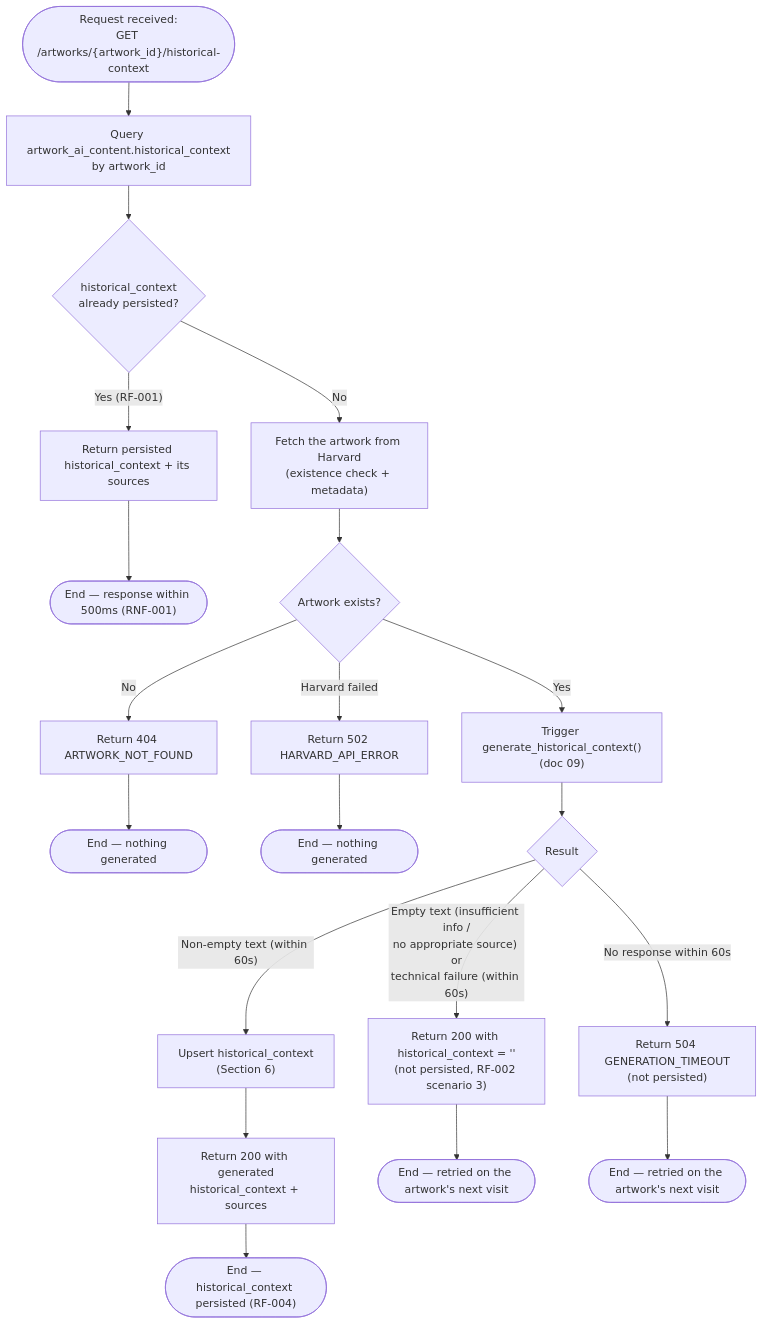
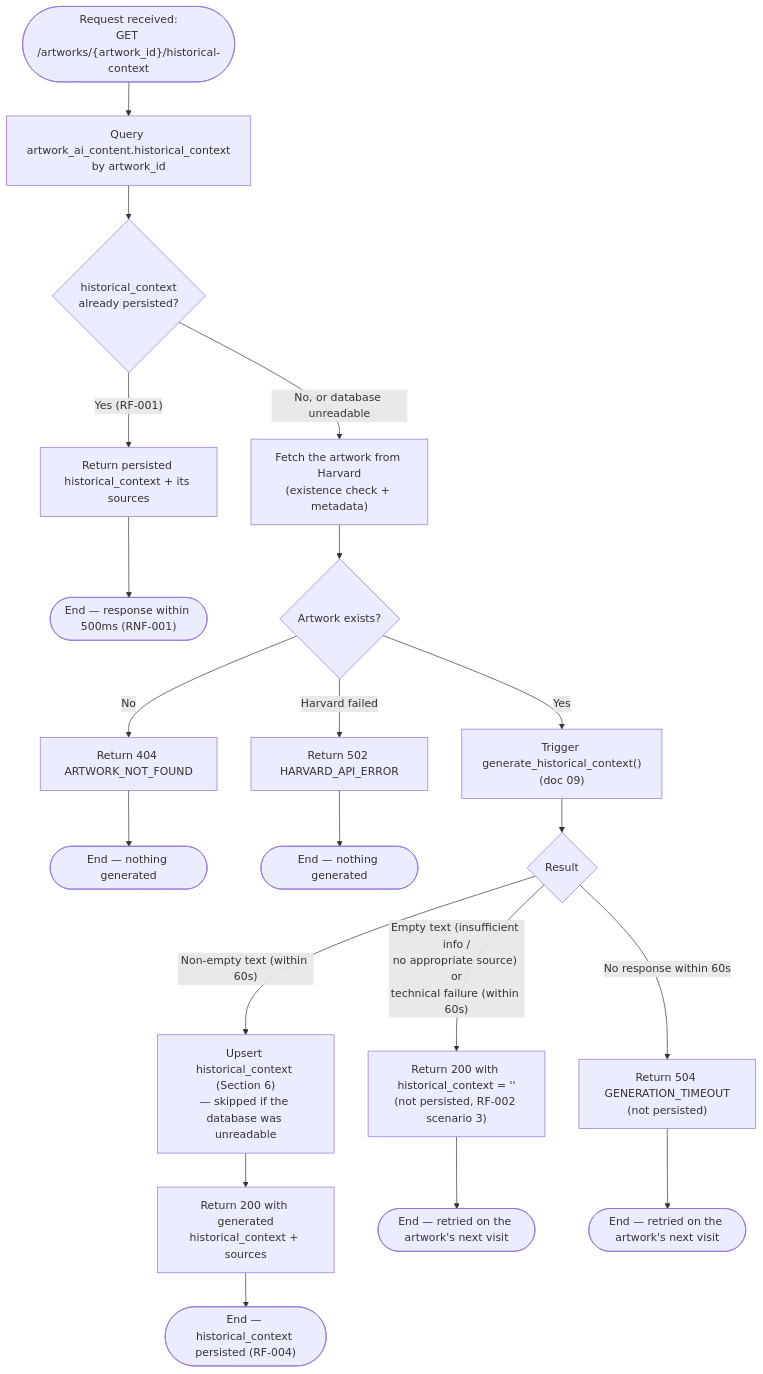
Before and after one commit to Jeferson-Filho/Art-Archive-Front-AI: the first of 4 diagrams in documentation/specs/06-persistence-flow.md, drawn with Mermaid. The commit also changed other lines of this file and 4 other files, not shown here.

````diff
--- a/documentation/specs/06-persistence-flow.md
+++ b/documentation/specs/06-persistence-flow.md
@@ -36,28 +38,28 @@
 ```mermaid
 flowchart TD
     HStart(["Request received:<br/>GET /artworks/{artwork_id}/historical-context"]) --> HCheckDB["Query artwork_ai_content.historical_context<br/>by artwork_id"]
 
     HCheckDB --> HExists{"historical_context<br/>already persisted?"}
     HExists -- "Yes (RF-001)" --> HFromDB["Return persisted historical_context + its sources"]
     HFromDB --> HEndCached(["End — response within 500ms (RNF-001)"])
 
-    HExists -- No --> HHarvard["Fetch the artwork from Harvard<br/>(existence check + metadata)"]
+    HExists -- "No, or database unreadable" --> HHarvard["Fetch the artwork from Harvard<br/>(existence check + metadata)"]
     HHarvard --> HArtwork{"Artwork exists?"}
     HArtwork -- "No" --> HNotFound["Return 404 ARTWORK_NOT_FOUND"]
     HNotFound --> HEndNotFound(["End — nothing generated"])
     HArtwork -- "Harvard failed" --> HHarvardError["Return 502 HARVARD_API_ERROR"]
     HHarvardError --> HEndHarvardError(["End — nothing generated"])
 
     HArtwork -- Yes --> HTrigger["Trigger generate_historical_context()<br/>(doc 09)"]
     HTrigger --> HResult{"Result"}
 
-    HResult -- "Non-empty text (within 60s)" --> HPersist["Upsert historical_context<br/>(Section 6)"]
+    HResult -- "Non-empty text (within 60s)" --> HPersist["Upsert historical_context (Section 6)<br/>— skipped if the database was unreadable"]
     HPersist --> HReturnGenerated["Return 200 with generated<br/>historical_context + sources"]
     HReturnGenerated --> HEndSuccess(["End — historical_context persisted (RF-004)"])
 
     HResult -- "Empty text (insufficient info /<br/>no appropriate source) or<br/>technical failure (within 60s)" --> HEmpty["Return 200 with historical_context = ''<br/>(not persisted, RF-002 scenario 3)"]
     HEmpty --> HEndEmpty(["End — retried on the artwork's next visit"])
 
     HResult -- "No response within 60s" --> HTimeout["Return 504 GENERATION_TIMEOUT<br/>(not persisted)"]
     HTimeout --> HEndTimeout(["End — retried on the artwork's next visit"])
 ```
````
